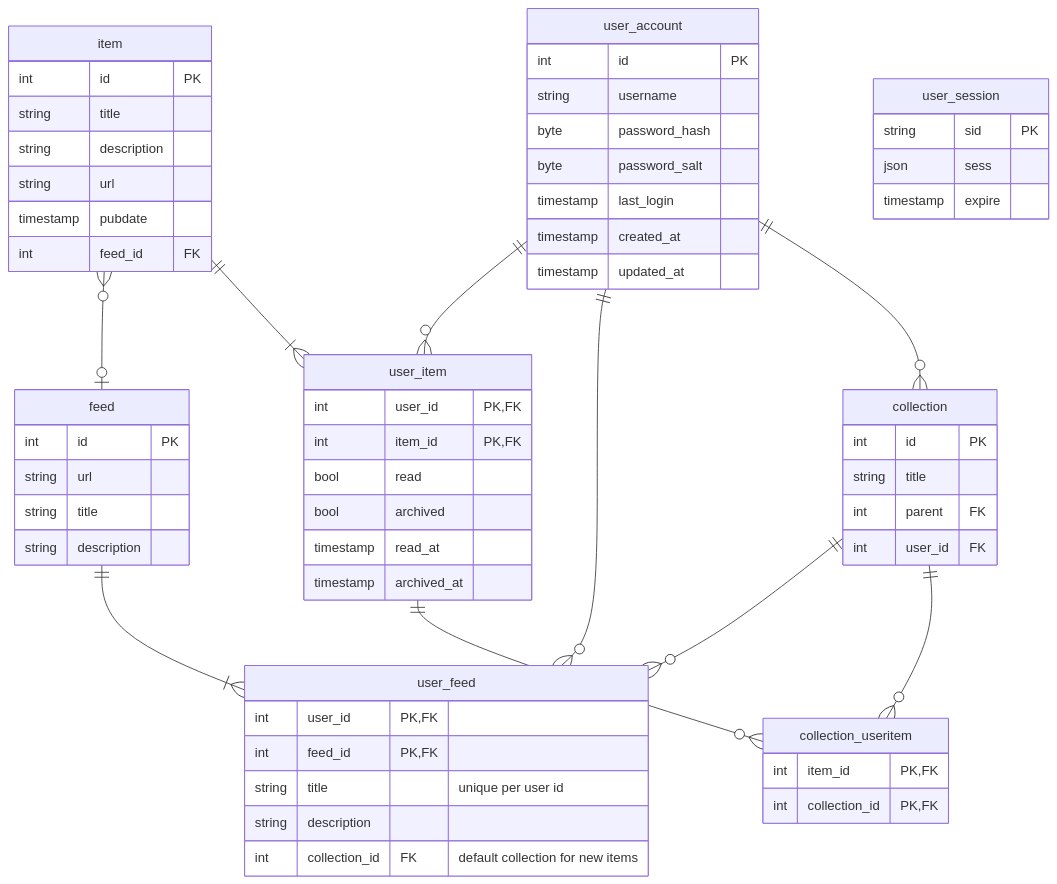
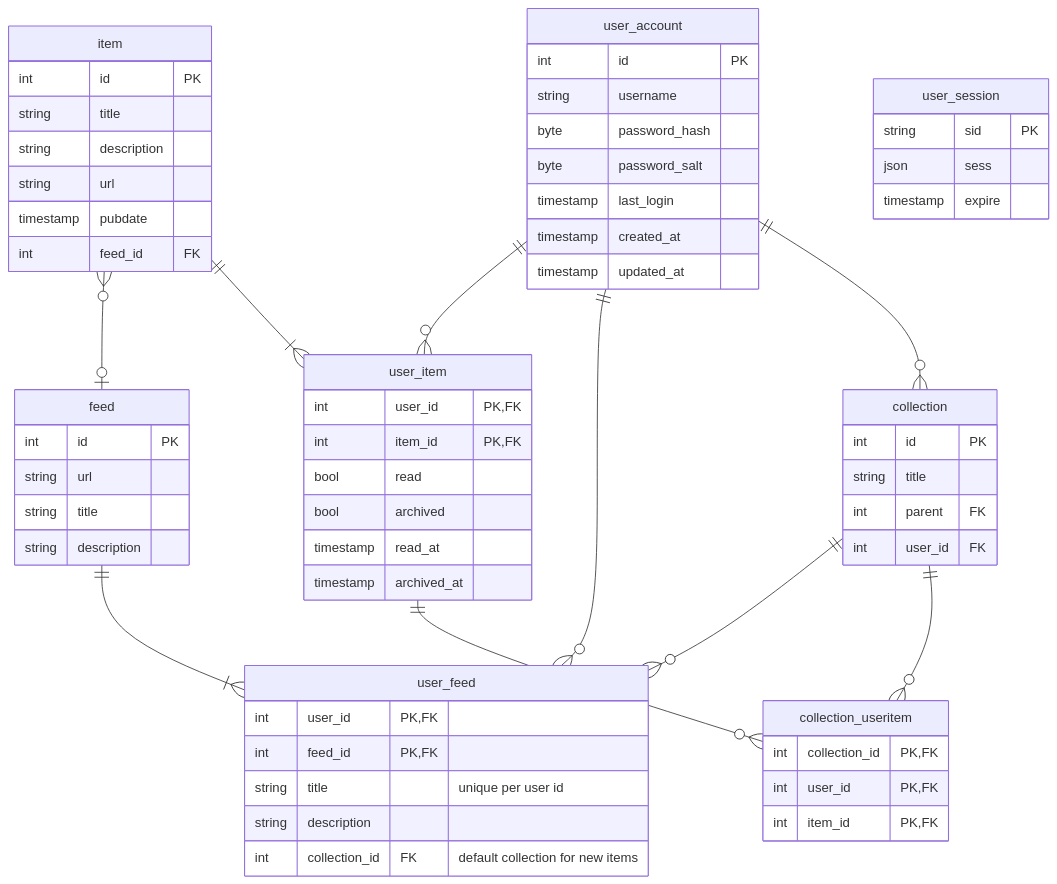
The diagram in database/README.md (tylershelton/inflow), drawn with Mermaid before and after one commit.

Commit message:
Add user_id field to collection_useritem

````diff
--- a/database/README.md
+++ b/database/README.md
@@ -3,69 +3,70 @@
 ```mermaid
 erDiagram
   collection {
 	  int id PK
 	  string title
 	  int parent FK
 	  int user_id FK
 	}
 	feed {
 		int id PK
 		string url
 		string title
 		string description
 	}
 	item {
 		int id PK
 		string title
 		string description
 		string url
 		timestamp pubdate
 		int feed_id FK
 	}
 	user_account {
 		int id PK
 		string username
 		byte password_hash
 		byte password_salt
 		timestamp last_login
 		timestamp created_at
 		timestamp updated_at
 	}
 	user_session {
 		string sid PK
 		json sess
 		timestamp expire
 	}
 	collection_useritem {
+		int collection_id PK,FK
+		int user_id PK,FK
 		int item_id PK,FK
-		int collection_id PK,FK
 	}
 	user_feed {
 		int user_id PK,FK
 		int feed_id PK,FK
 		string title "unique per user id"
 		string description
 		int collection_id FK "default collection for new items"
 	}
 	user_item {
 		int user_id PK,FK
 		int item_id PK,FK
 		bool read
 		bool archived
 		timestamp read_at
 		timestamp archived_at
 	}
 	
 	item zero or many -- zero or one feed : ""
 	user_item one -- zero or more collection_useritem : ""
 	item one -- one or more user_item : ""
 
 	user_account one -- zero or more user_item  : ""
 	user_account one -- zero or more user_feed  : ""
 	user_account one -- zero or more collection : ""
 	
 	feed one -- one or more user_feed : ""
 	
 	collection one -- zero or more user_feed : ""
 	collection one -- zero or more collection_useritem : ""
 ```
````
